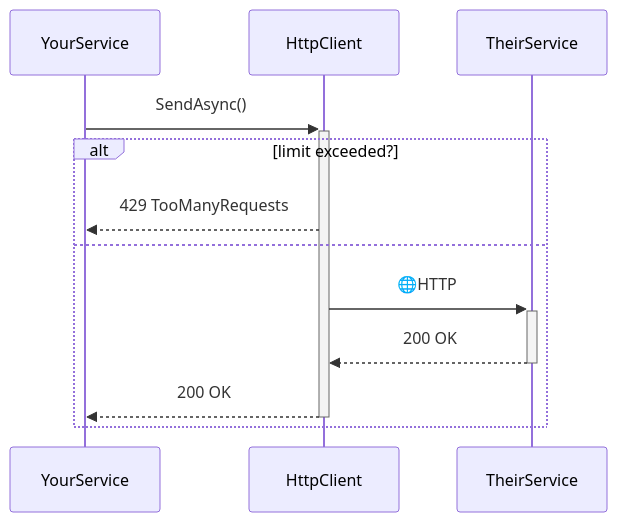
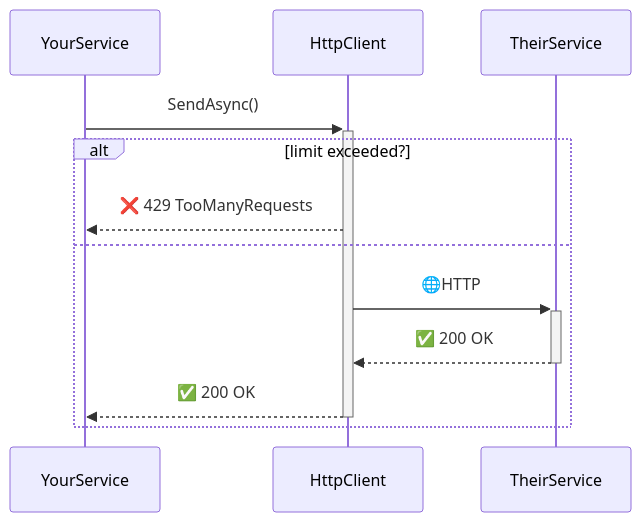
Before and after one commit to ThrottlingTroll/ThrottlingTroll: the second of 5 diagrams in README.md, drawn with Mermaid. The commit also changed other lines of this file, not shown here.

````diff
--- a/README.md
+++ b/README.md
@@ -35,11 +35,11 @@
    ```mermaid
       sequenceDiagram
           YourService->>+HttpClient: SendAsync()
           alt limit exceeded?
-              HttpClient-->>YourService: 429 TooManyRequests
+              HttpClient-->>YourService:❌ 429 TooManyRequests
           else
               HttpClient->>+TheirService: #127760;HTTP
-              TheirService-->>-HttpClient: 200 OK
-              HttpClient-->>-YourService: 200 OK
+              TheirService-->>-HttpClient:✅ 200 OK
+              HttpClient-->>-YourService:✅ 200 OK
           end
    ```
````
